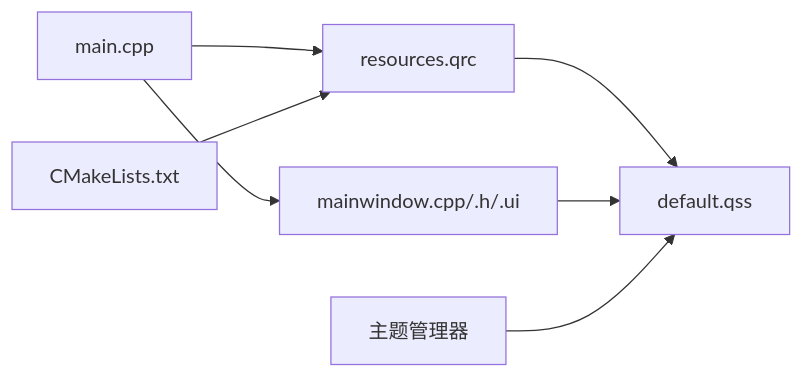
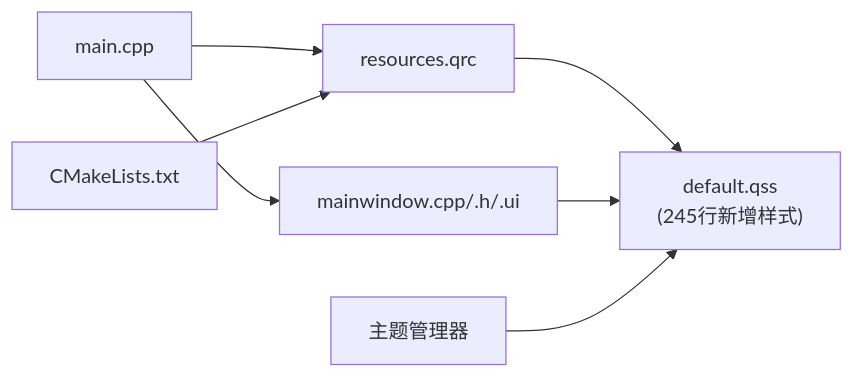
Before and after one commit to jakecai1225-design/OpenBus: the third of 4 diagrams in .qoder/repowiki/zh/content/样式系统.md, drawn with Mermaid. The commit also changed other lines of this file and 31 other files, not shown here.

````diff
--- a/.qoder/repowiki/zh/content/样式系统.md
+++ b/.qoder/repowiki/zh/content/样式系统.md
@@ -199,9 +201,9 @@
 ```mermaid
 graph LR
 Main["main.cpp"] --> QRC["resources.qrc"]
-QRC --> QSS["default.qss"]
+QRC --> QSS["default.qss<br/>(245行新增样式)"]
 Main --> UI["mainwindow.cpp/.h/.ui"]
 CMake["CMakeLists.txt"] --> QRC
 UI --> QSS
 ThemeMgr["主题管理器"] --> QSS
 ```
````
